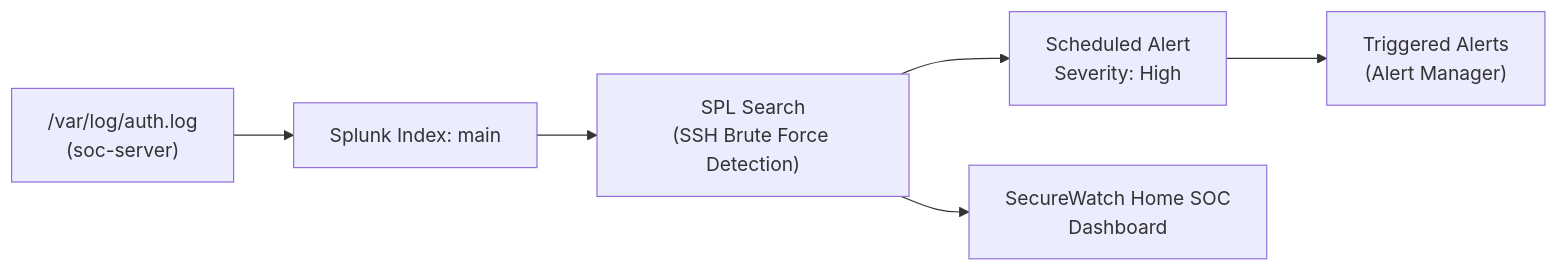
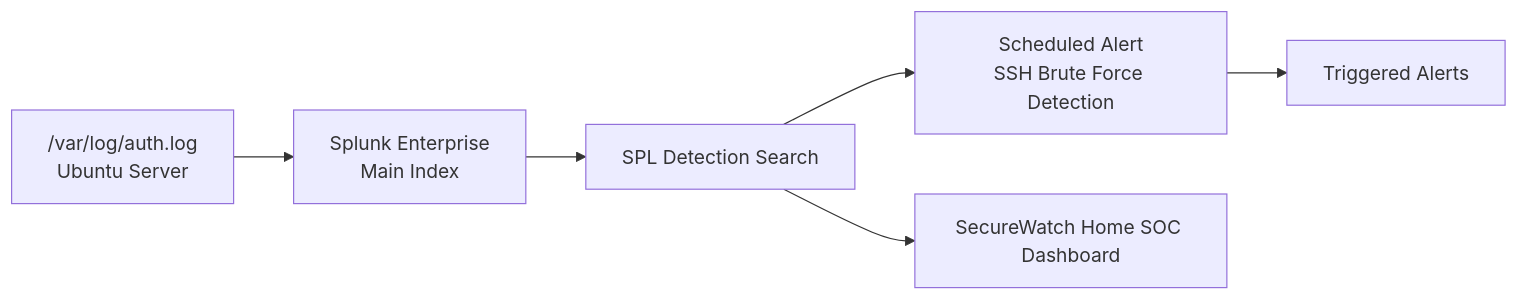
Before and after one commit to nge-layy/securewatch-soc: the diagram in docs/phase-04/README.md, drawn with Mermaid. The commit also changed other lines of this file, not shown here.

````diff
--- a/docs/phase-04/README.md
+++ b/docs/phase-04/README.md
@@ -33,13 +45,15 @@
 ```mermaid
 flowchart LR
-    AuthLog["/var/log/auth.log\n(soc-server)"]
-    SplunkIdx["Splunk Index: main"]
-    SPL["SPL Search\n(SSH Brute Force Detection)"]
-    Alert["Scheduled Alert\nSeverity: High"]
-    Triggered["Triggered Alerts\n(Alert Manager)"]
-    Dashboard["SecureWatch Home SOC\nDashboard"]
+    AuthLog["/var/log/auth.log<br/>Ubuntu Server"]
+    Splunk["Splunk Enterprise<br/>Main Index"]
+    Search["SPL Detection Search"]
+    Alert["Scheduled Alert<br/>SSH Brute Force Detection"]
+    Triggered["Triggered Alerts"]
+    Dashboard["SecureWatch Home SOC Dashboard"]
 
-    AuthLog --> SplunkIdx --> SPL
-    SPL --> Alert --> Triggered
-    SPL --> Dashboard
+    AuthLog --> Splunk
+    Splunk --> Search
+    Search --> Alert
+    Alert --> Triggered
+    Search --> Dashboard
 ```
````
